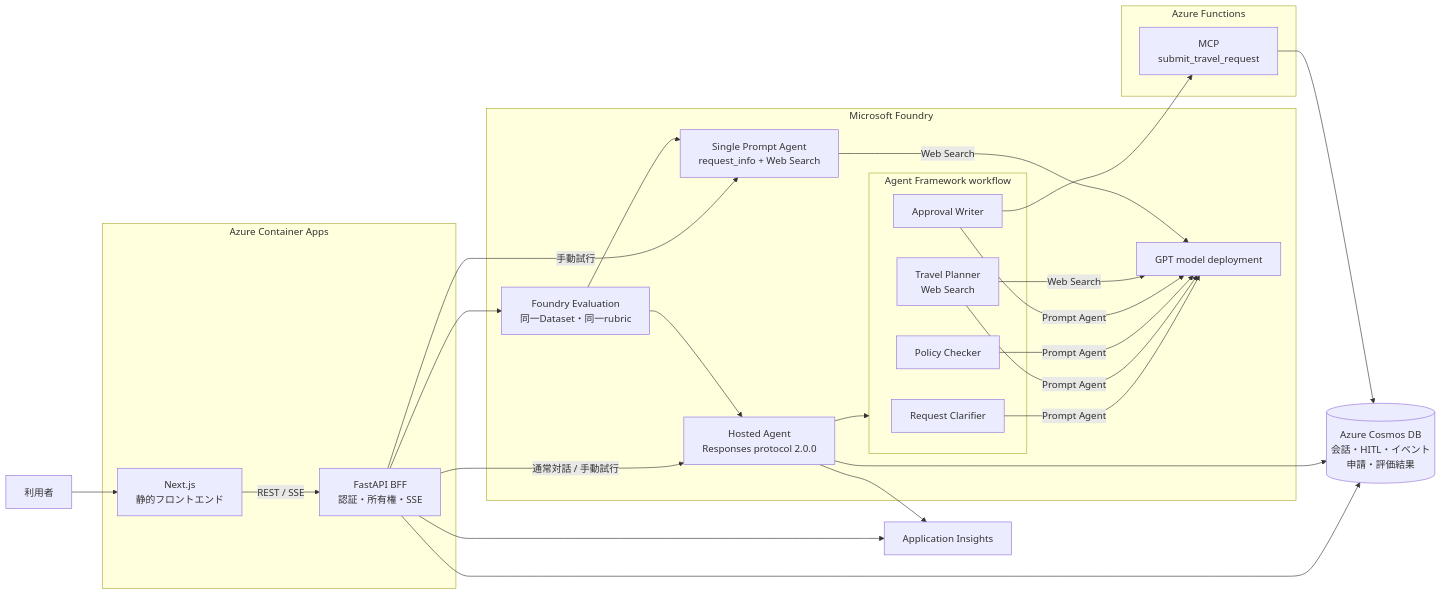
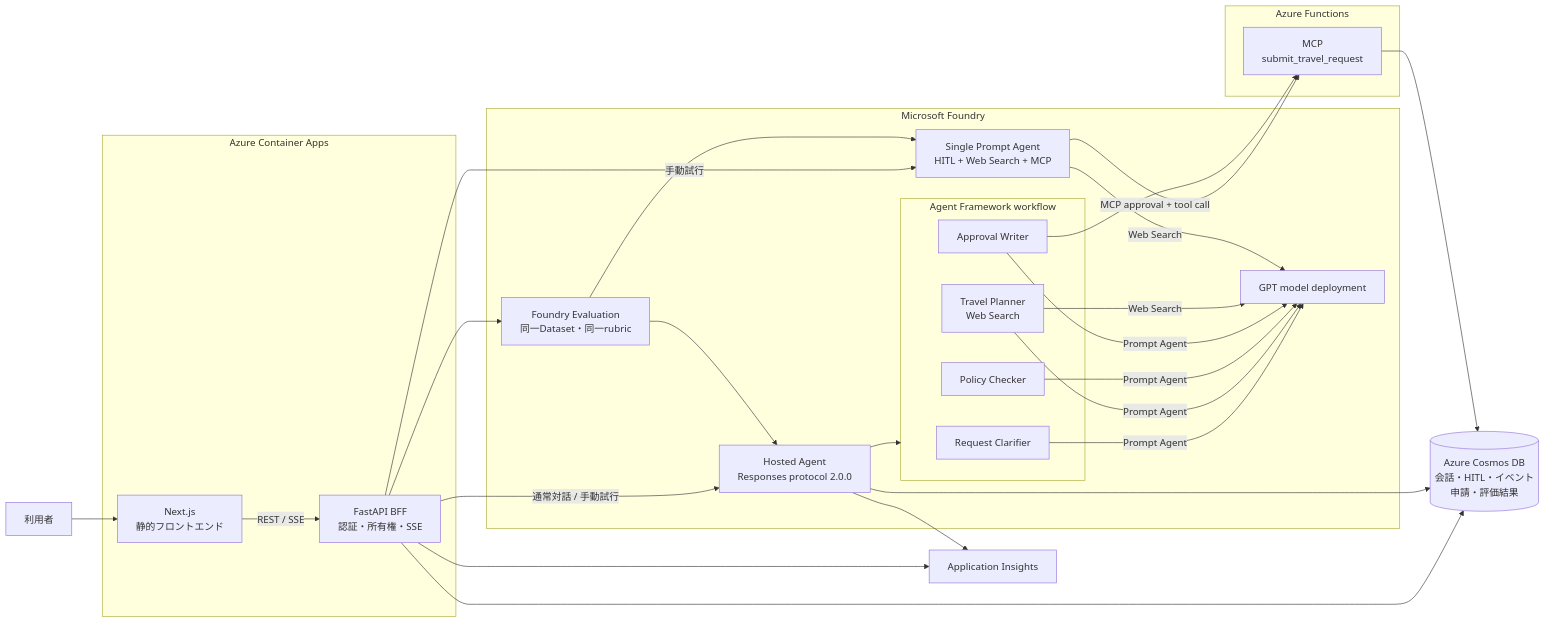
One commit to teshi22/grobal_azure_demo changed the first of 2 diagrams in README.md. Above: the diagram before and after it, drawn with Mermaid. The commit also changed other lines of this file and 26 other files, not shown here.

Commit message:
feat: let prompt agent own MCP approval

````diff
--- a/README.md
+++ b/README.md
@@ -11,46 +11,47 @@
 ```mermaid
 flowchart LR
     User["利用者"]
 
     subgraph CA["Azure Container Apps"]
         Web["Next.js<br/>静的フロントエンド"]
         BFF["FastAPI BFF<br/>認証・所有権・SSE"]
     end
 
     subgraph Foundry["Microsoft Foundry"]
         Host["Hosted Agent<br/>Responses protocol 2.0.0"]
         subgraph AF["Agent Framework workflow"]
             Clarifier["Request Clarifier"]
             Planner["Travel Planner<br/>Web Search"]
             Policy["Policy Checker"]
             Writer["Approval Writer"]
         end
-        Single["Single Prompt Agent<br/>request_info + Web Search"]
+        Single["Single Prompt Agent<br/>HITL + Web Search + MCP"]
         Evaluation["Foundry Evaluation<br/>同一Dataset・同一rubric"]
         Model["GPT model deployment"]
     end
 
     subgraph Function["Azure Functions"]
         MCP["MCP<br/>submit_travel_request"]
     end
 
     Cosmos[("Azure Cosmos DB<br/>会話・HITL・イベント<br/>申請・評価結果")]
     Insights["Application Insights"]
 
     User --> Web
     Web -->|"REST / SSE"| BFF
     BFF -->|"通常対話 / 手動試行"| Host
     BFF -->|"手動試行"| Single
     Host --> AF
     Clarifier & Planner & Policy & Writer -->|"Prompt Agent"| Model
     Planner -->|"Web Search"| Model
     BFF --> Evaluation
     Evaluation --> Host
     Evaluation --> Single
     Single -->|"Web Search"| Model
+    Single -->|"MCP approval + tool call"| MCP
     Writer --> MCP
     BFF --> Cosmos
     Host --> Cosmos
     MCP --> Cosmos
     BFF & Host --> Insights
 ```
````
